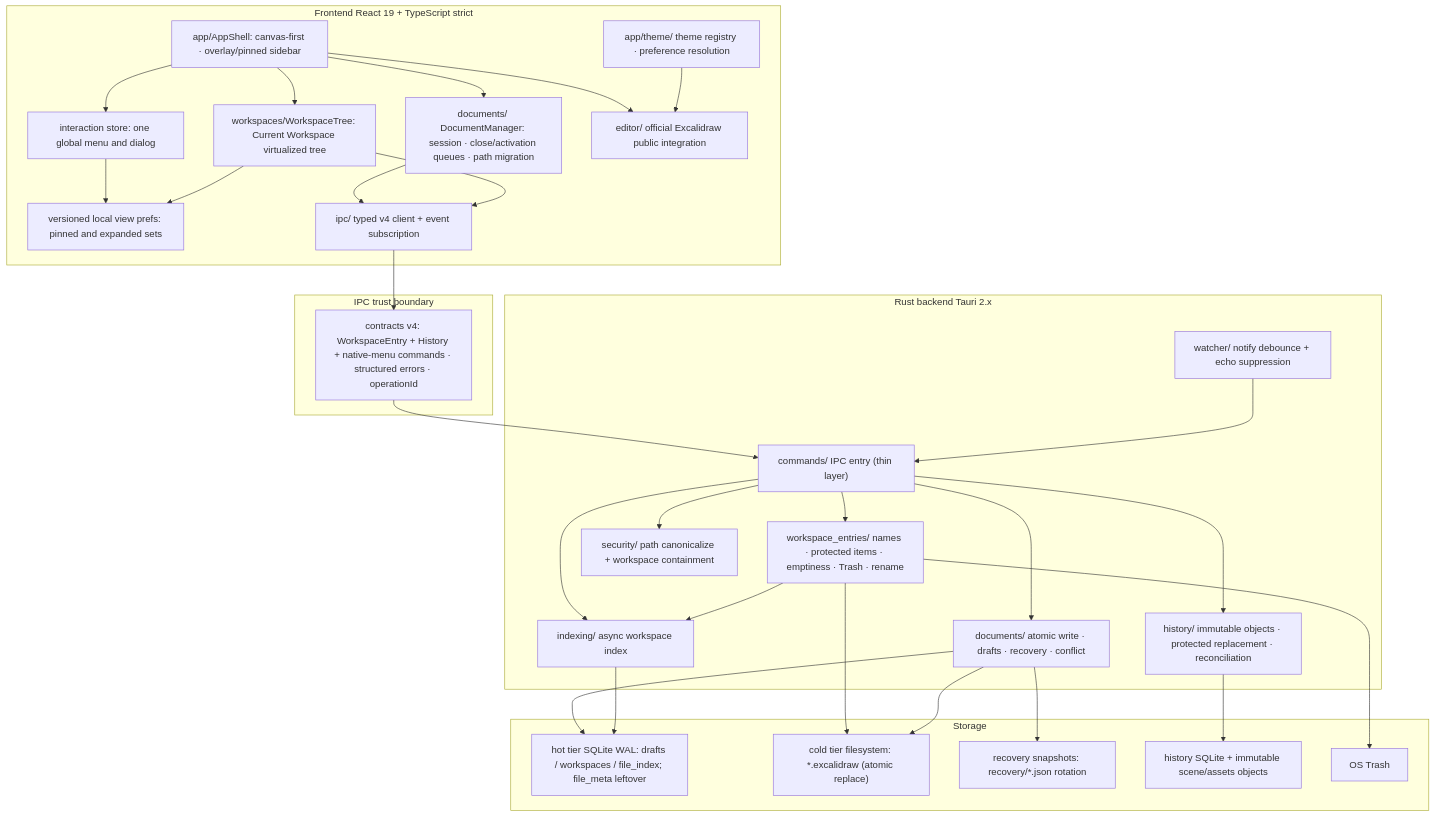
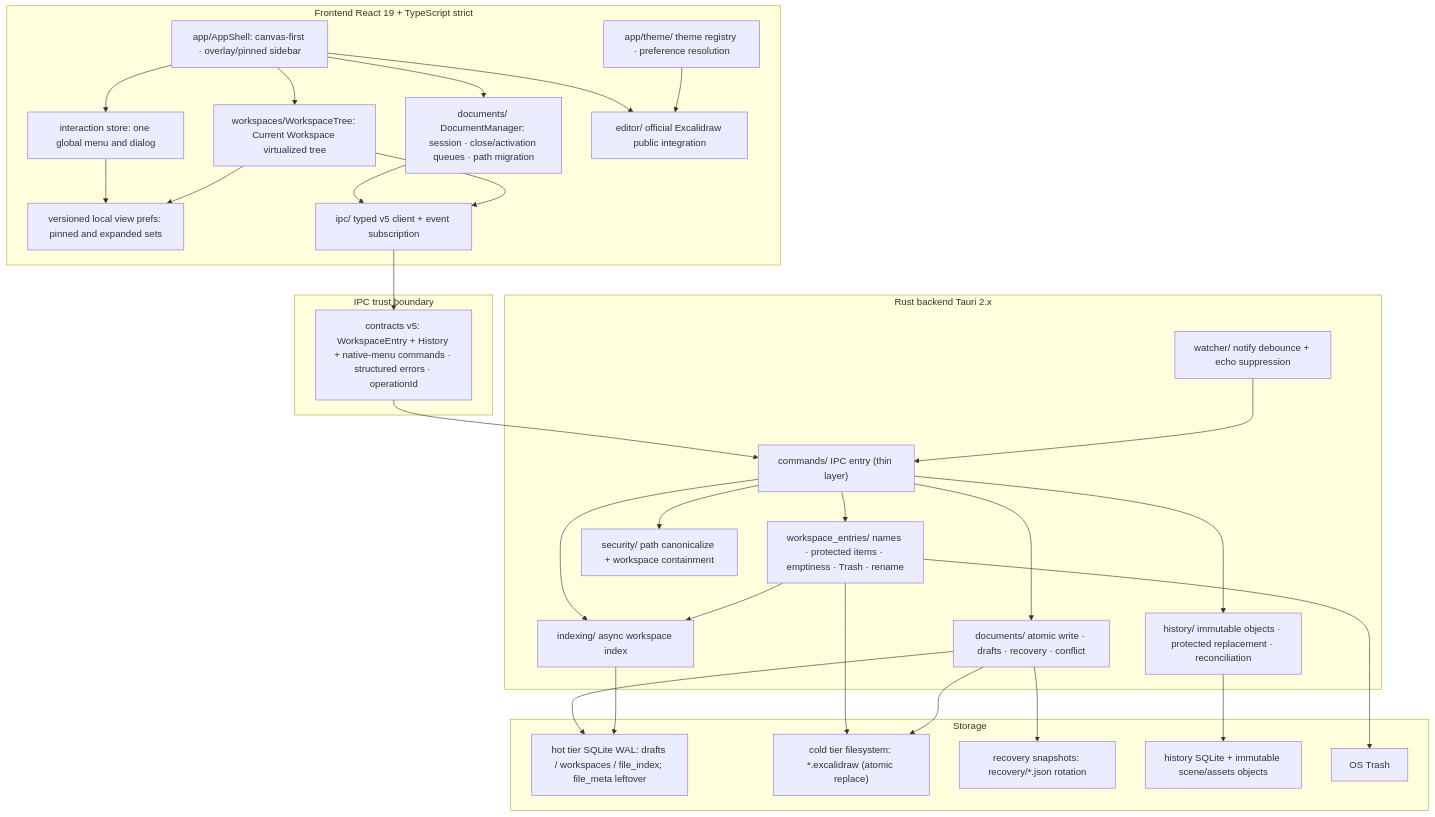
The first of 7 diagrams in docs/architecture.md (ignacioli/excalidraw-desktop), drawn with Mermaid before and after one commit. The commit also changed other lines of this file and 22 other files, not shown here.

````diff
--- a/docs/architecture.md
+++ b/docs/architecture.md
@@ -19,56 +19,56 @@
 ```mermaid
 flowchart TB
     subgraph frontend [Frontend React 19 + TypeScript strict]
         AppShell["app/AppShell: canvas-first · overlay/pinned sidebar"]
         Interaction["interaction store: one global menu and dialog"]
         Tree["workspaces/WorkspaceTree: Current Workspace virtualized tree"]
         Docs["documents/ DocumentManager: session · close/activation queues · path migration"]
         Editor["editor/ official Excalidraw public integration"]
         Theme["app/theme/ theme registry · preference resolution"]
         Prefs["versioned local view prefs: pinned and expanded sets"]
-        IpcClient["ipc/ typed v4 client + event subscription"]
+        IpcClient["ipc/ typed v5 client + event subscription"]
     end
     subgraph boundary [IPC trust boundary]
-        Contracts["contracts v4: WorkspaceEntry + History + native-menu commands · structured errors · operationId"]
+        Contracts["contracts v5: WorkspaceEntry + History + native-menu commands · structured errors · operationId"]
     end
     subgraph backend [Rust backend Tauri 2.x]
         Commands["commands/ IPC entry (thin layer)"]
         EntryDomain["workspace_entries/ names · protected items · emptiness · Trash · rename"]
         Security["security/ path canonicalize + workspace containment"]
         DomainDocs["documents/ atomic write · drafts · recovery · conflict"]
         HistoryDomain["history/ immutable objects · protected replacement · reconciliation"]
         Indexing["indexing/ async workspace index"]
         Watcher["watcher/ notify debounce + echo suppression"]
     end
     subgraph storage [Storage]
         Hot["hot tier SQLite WAL: drafts / workspaces / file_index; file_meta leftover"]
         Cold["cold tier filesystem: *.excalidraw (atomic replace)"]
         Recovery["recovery snapshots: recovery/*.json rotation"]
         History["history SQLite + immutable scene/assets objects"]
         Trash["OS Trash"]
     end
     AppShell --> Interaction
     AppShell --> Tree
     AppShell --> Docs
     AppShell --> Editor
     Interaction --> Prefs
     Tree --> Prefs
     Theme --> Editor
     Docs --> IpcClient
     Tree --> IpcClient
     IpcClient --> Contracts --> Commands
     Commands --> Security
     Commands --> EntryDomain
     Commands --> DomainDocs
     Commands --> HistoryDomain
     Commands --> Indexing
     Watcher --> Commands
     EntryDomain --> Indexing
     EntryDomain --> Cold
     EntryDomain --> Trash
     DomainDocs --> Hot
     DomainDocs --> Cold
     DomainDocs --> Recovery
     HistoryDomain --> History
     Indexing --> Hot
 ```
````
